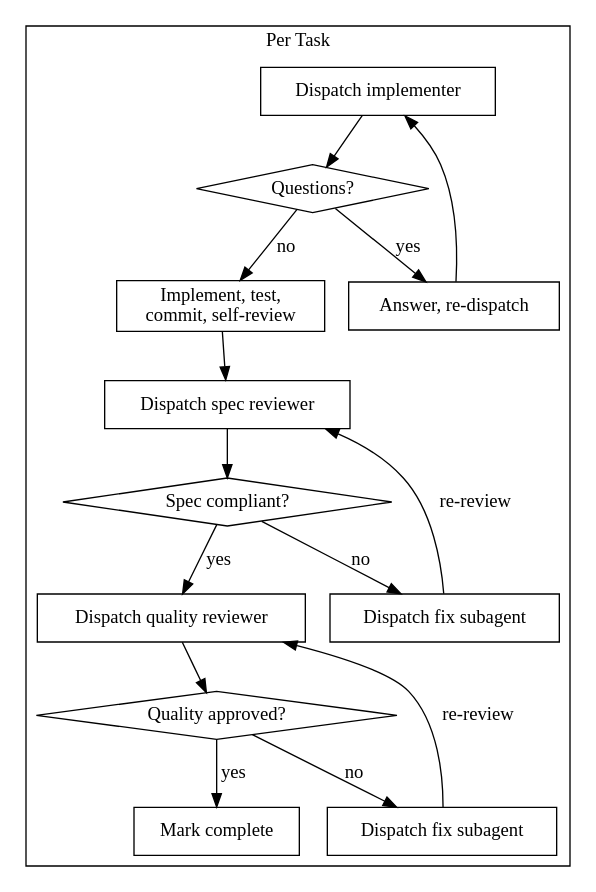
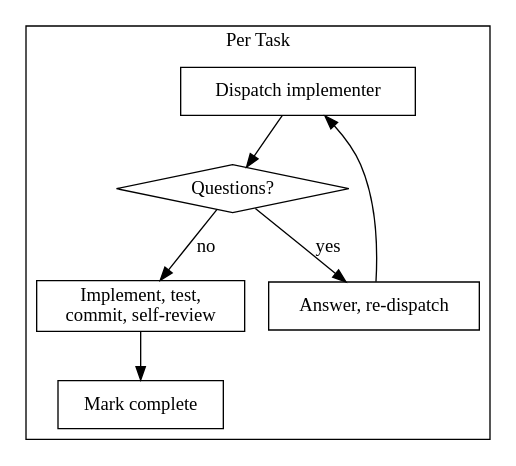
One commit to jchi2241/dotfiles changed the diagram in .claude/skills/subagent-driven-development/SKILL.md. Above: the diagram before and after it, drawn with Graphviz. The commit also changed other lines of this file and 21 other files, not shown here.

````diff
--- a/.claude/skills/subagent-driven-development/SKILL.md
+++ b/.claude/skills/subagent-driven-development/SKILL.md
@@ -18,32 +18,18 @@
 ```dot
 digraph sdd {
     rankdir=TB;
     subgraph cluster_task {
         label="Per Task";
         impl [label="Dispatch implementer" shape=box];
         asks [label="Questions?" shape=diamond];
         answer [label="Answer, re-dispatch" shape=box];
         work [label="Implement, test,\ncommit, self-review" shape=box];
-        spec [label="Dispatch spec reviewer" shape=box];
-        spec_ok [label="Spec compliant?" shape=diamond];
-        spec_fix [label="Dispatch fix subagent" shape=box];
-        qual [label="Dispatch quality reviewer" shape=box];
-        qual_ok [label="Quality approved?" shape=diamond];
-        qual_fix [label="Dispatch fix subagent" shape=box];
         done [label="Mark complete" shape=box];
     }
     impl -> asks;
     asks -> answer [label="yes"];
     answer -> impl;
     asks -> work [label="no"];
-    work -> spec;
-    spec -> spec_ok;
-    spec_ok -> spec_fix [label="no"];
-    spec_fix -> spec [label="re-review"];
-    spec_ok -> qual [label="yes"];
-    qual -> qual_ok;
-    qual_ok -> qual_fix [label="no"];
-    qual_fix -> qual [label="re-review"];
-    qual_ok -> done [label="yes"];
+    work -> done;
 }
 ```
````
